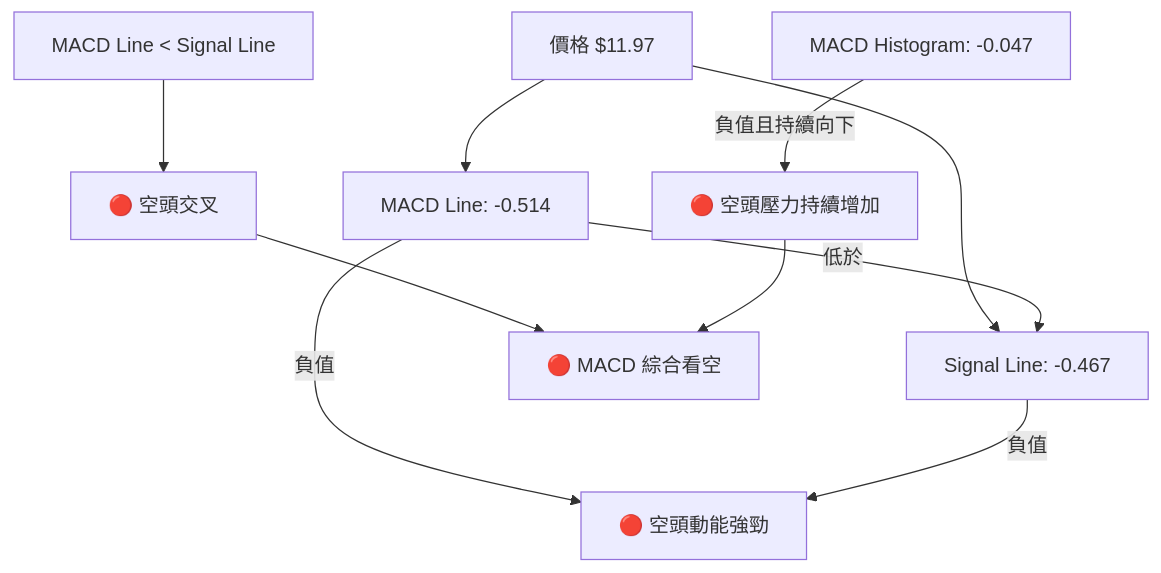
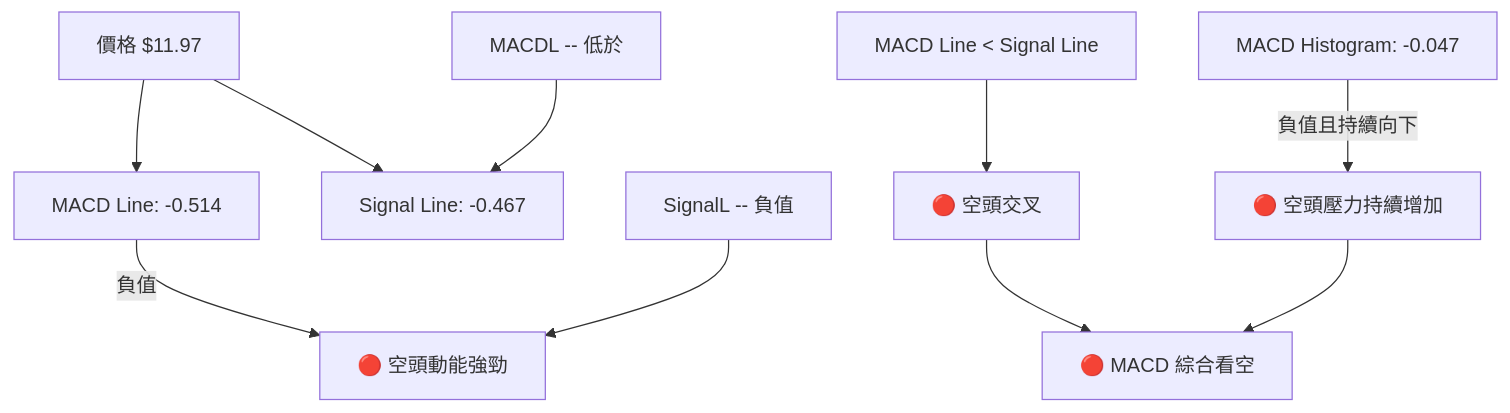
The eighth of 9 diagrams in ai_gen_report/stock/nu/technical_analysis_2026-06-06_gemini.md (yennanliu/finance_data), drawn with Mermaid before and after one commit. The commit also changed other lines of this file and 2258 other files, not shown here.

First line of the commit message:
chore: backfill Mermaid syntax repair across existing reports

````diff
--- a/ai_gen_report/stock/nu/technical_analysis_2026-06-06_gemini.md
+++ b/ai_gen_report/stock/nu/technical_analysis_2026-06-06_gemini.md
@@ -593,17 +593,17 @@
 ```mermaid
 graph TD
-    P[價格 $11.97] --> MACDL[MACD Line: -0.514]
-    P --> SignalL[Signal Line: -0.467]
+    P["價格 $11.97"] --> MACDL["MACD Line: -0.514"]
+    P --> SignalL["Signal Line: -0.467"]
 
-    MACDL -- "低於" --> SignalL
+    nb1["MACDL -- "低於""] --> SignalL
     MACDL -- "負值" --> Bearish_Momentum["🔴 空頭動能強勁"]
-    SignalL -- "負值" --> Bearish_Momentum
+    nb2["SignalL -- "負值""] --> Bearish_Momentum
 
     MACDL_SignalL["MACD Line < Signal Line"] --> Bearish_Cross["🔴 空頭交叉"]
 
-    Histogram[MACD Histogram: -0.047]
+    Histogram["MACD Histogram: -0.047"]
     Histogram -- "負值且持續向下" --> Increasing_Bearish_Pressure["🔴 空頭壓力持續增加"]
 
     Bearish_Cross --> Overall_MACD_Signal["🔴 MACD 綜合看空"]
     Increasing_Bearish_Pressure --> Overall_MACD_Signal
 ```
````
